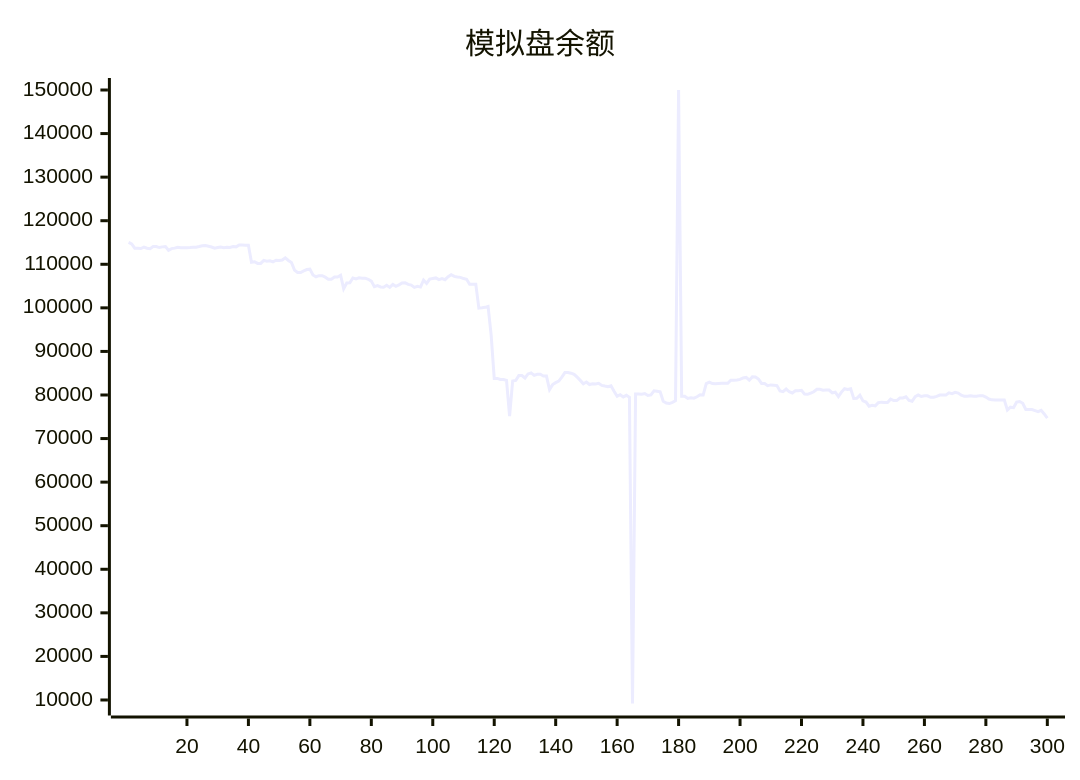
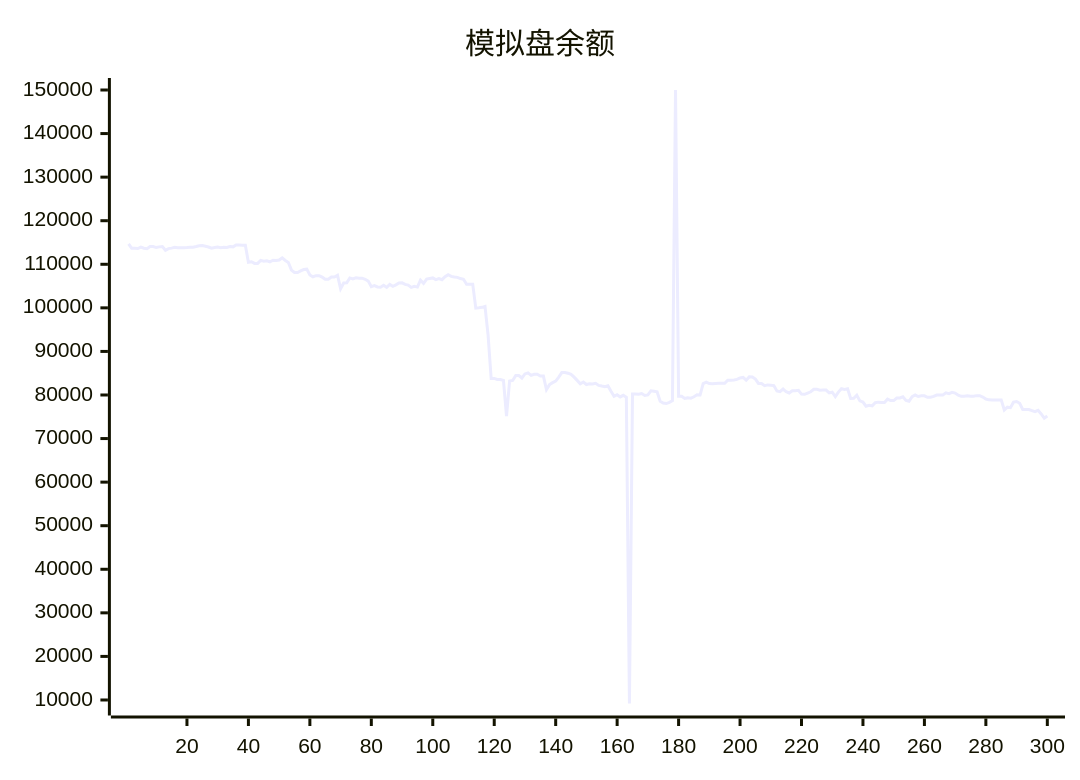
The diagram in README.md (aahl/ai-trading), drawn with Mermaid before and after one commit. The commit also changed other lines of this file and 1 other file, not shown here.

````diff
--- a/README.md
+++ b/README.md
@@ -5,5 +5,5 @@
 ```mermaid
 xychart
     title "模拟盘余额"
-    line [115032,114686,113688,113688,113610,113930,113672,113585,114083,114074,113840,113996,114051,113208,113593,113701,113901,113794,113784,113810,113848,113927,113929,114064,114232,114293,114144,113960,113698,113853,113942,113812,113908,113877,114091,113998,114427,114422,114384,114384,110477,110576,110198,110198,110890,110712,110812,110569,110929,110847,110968,111478,110870,110433,108661,108116,108115,108485,108797,108877,107536,107134,107393,107393,107046,106565,106565,107081,107081,107478,104404,105715,105749,106866,106651,106889,106771,106816,106565,106141,104876,105103,104796,104734,105169,104690,105380,104941,105272,105709,105739,105374,105227,104691,104924,104762,106364,105628,106608,106748,106872,106485,106721,106468,107132,107620,107224,107080,107001,106717,106567,105431,105431,105440,99950,100017,100113,100337,93749,83795,83807,83567,83567,83342,75168,83222,83336,84448,84449,83896,84839,85065,84499,84757,84757,84364,84347,81254,82385,82835,83184,84099,85150,85150,85002,84751,84096,83356,82582,82983,82404,82572,82512,82688,82200,82047,81920,82125,80840,79688,80060,79552,79920,79470,9193,80236,80208,80170,80336,79894,80006,80954,80837,80712,78561,78139,78037,78293,78682,150000,79720,79720,79214,79372,79279,79591,80046,79993,82625,82950,82626,82571,82633,82670,82670,82681,83386,83378,83464,83579,83920,84037,83402,84160,84142,83652,82655,82655,82145,82315,82243,82163,80934,80770,81371,80742,80468,80989,80989,81067,80191,80155,80450,80737,81309,81309,81106,81119,81119,80471,80631,79624,80670,81448,81290,81429,79212,79222,79940,78643,78380,77432,77623,77504,78235,78358,78284,78277,79048,78714,78714,79290,79308,79567,78763,78563,79603,79988,79652,79813,79813,79476,79469,79673,79995,80015,80015,80486,80314,80600,80436,79966,79689,79689,79819,79692,79692,79850,79850,79518,79071,78889,78850,78850,78878,78878,76554,77202,77103,78357,78510,78106,76678,76677,76672,76411,76159,76485,75656,74695]
+    line [114686,113688,113688,113610,113930,113672,113585,114083,114074,113840,113996,114051,113208,113593,113701,113901,113794,113784,113810,113848,113927,113929,114064,114232,114293,114144,113960,113698,113853,113942,113812,113908,113877,114091,113998,114427,114422,114384,114384,110477,110576,110198,110198,110890,110712,110812,110569,110929,110847,110968,111478,110870,110433,108661,108116,108115,108485,108797,108877,107536,107134,107393,107393,107046,106565,106565,107081,107081,107478,104404,105715,105749,106866,106651,106889,106771,106816,106565,106141,104876,105103,104796,104734,105169,104690,105380,104941,105272,105709,105739,105374,105227,104691,104924,104762,106364,105628,106608,106748,106872,106485,106721,106468,107132,107620,107224,107080,107001,106717,106567,105431,105431,105440,99950,100017,100113,100337,93749,83795,83807,83567,83567,83342,75168,83222,83336,84448,84449,83896,84839,85065,84499,84757,84757,84364,84347,81254,82385,82835,83184,84099,85150,85150,85002,84751,84096,83356,82582,82983,82404,82572,82512,82688,82200,82047,81920,82125,80840,79688,80060,79552,79920,79470,9193,80236,80208,80170,80336,79894,80006,80954,80837,80712,78561,78139,78037,78293,78682,150000,79720,79720,79214,79372,79279,79591,80046,79993,82625,82950,82626,82571,82633,82670,82670,82681,83386,83378,83464,83579,83920,84037,83402,84160,84142,83652,82655,82655,82145,82315,82243,82163,80934,80770,81371,80742,80468,80989,80989,81067,80191,80155,80450,80737,81309,81309,81106,81119,81119,80471,80631,79624,80670,81448,81290,81429,79212,79222,79940,78643,78380,77432,77623,77504,78235,78358,78284,78277,79048,78714,78714,79290,79308,79567,78763,78563,79603,79988,79652,79813,79813,79476,79469,79673,79995,80015,80015,80486,80314,80600,80436,79966,79689,79689,79819,79692,79692,79850,79850,79518,79071,78889,78850,78850,78878,78878,76554,77202,77103,78357,78510,78106,76678,76677,76672,76411,76159,76485,75656,74695,75197]
 ```
````
